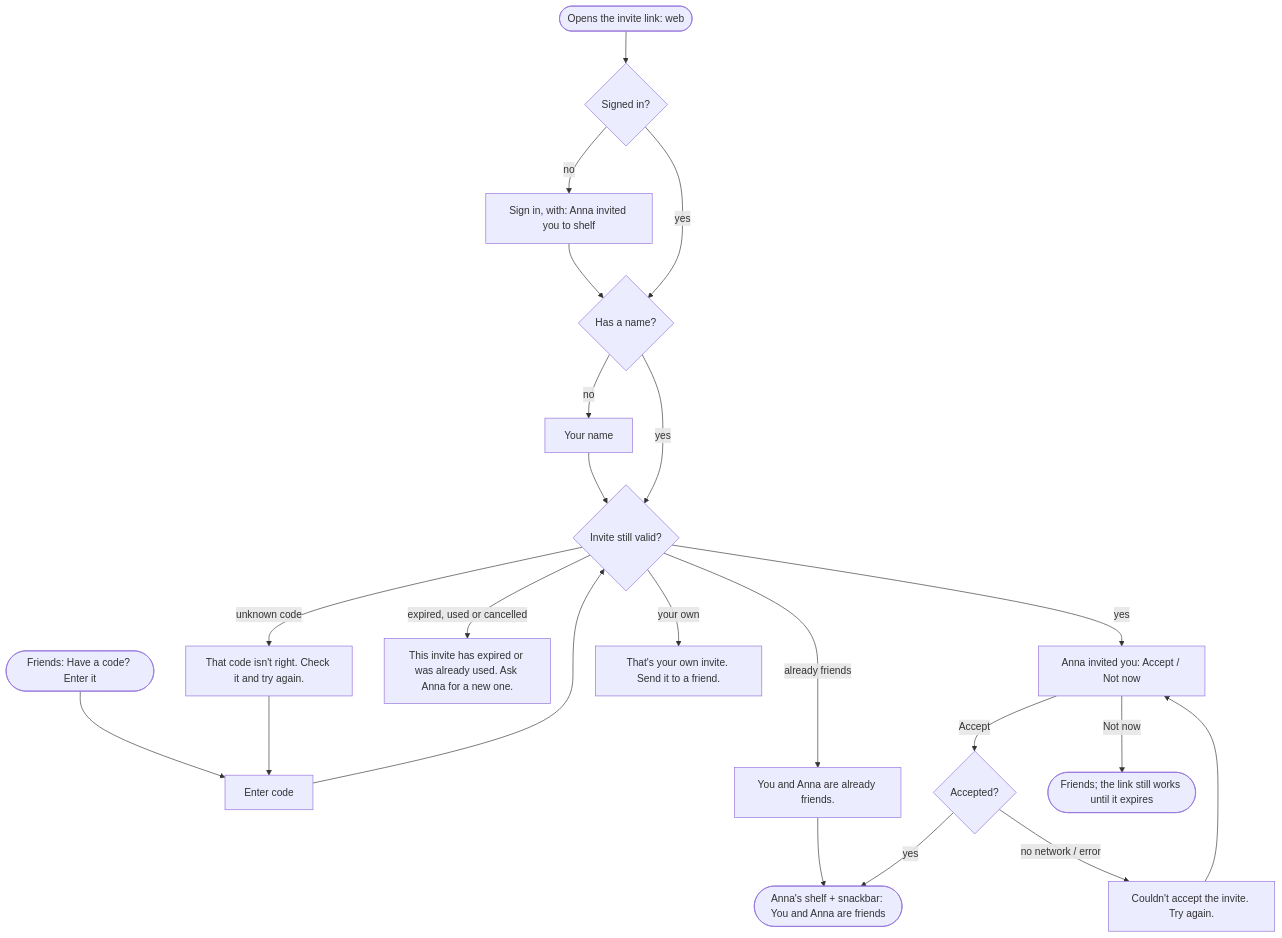
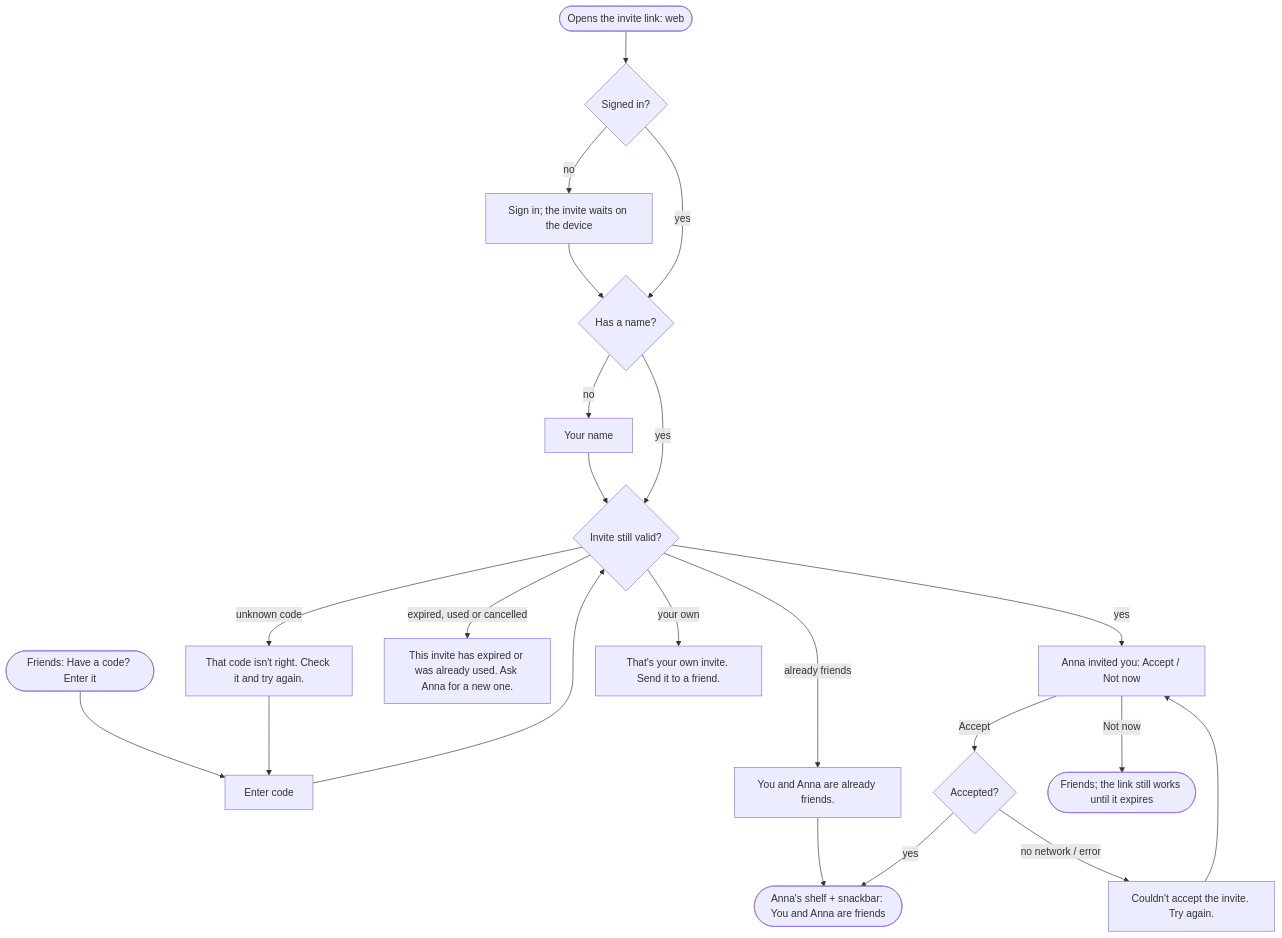
Diagram 11 of 14 in docs/design/flows.md (Schwub/shelf), drawn with Mermaid before and after one commit. The commit also changed other lines of this file and 24 other files, not shown here.

````diff
--- a/docs/design/flows.md
+++ b/docs/design/flows.md
@@ -268,18 +268,18 @@
 ```mermaid
 flowchart TD
   link([Opens the invite link: web]) --> signed{Signed in?}
   code([Friends: Have a code? Enter it]) --> enter[Enter code] --> check
-  signed -- no --> signin[Sign in, with: Anna invited you to shelf] --> named
+  signed -- no --> signin[Sign in; the invite waits on the device] --> named
   signed -- yes --> named{Has a name?}
   named -- no --> name[Your name] --> check
   named -- yes --> check{Invite still valid?}
   check -- yes --> accept[Anna invited you: Accept / Not now]
   check -- expired, used or cancelled --> gone[This invite has expired or was already used. Ask Anna for a new one.]
   check -- unknown code --> wrong[That code isn't right. Check it and try again.] --> enter
   check -- your own --> own[That's your own invite. Send it to a friend.]
   check -- already friends --> already[You and Anna are already friends.] --> fshelf
   accept -- Accept --> ok{Accepted?}
   ok -- yes --> fshelf([Anna's shelf + snackbar: You and Anna are friends])
   ok -- no network / error --> acceptErr[Couldn't accept the invite. Try again.] --> accept
   accept -- Not now --> friends2([Friends; the link still works until it expires])
 ```
````
